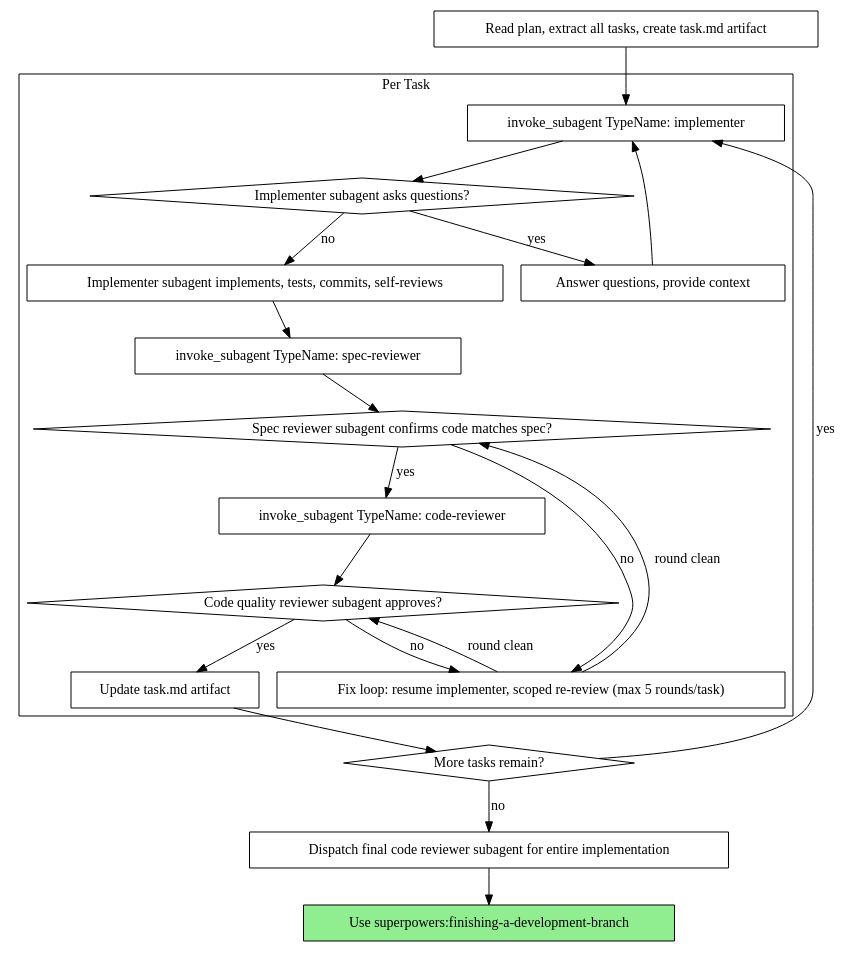
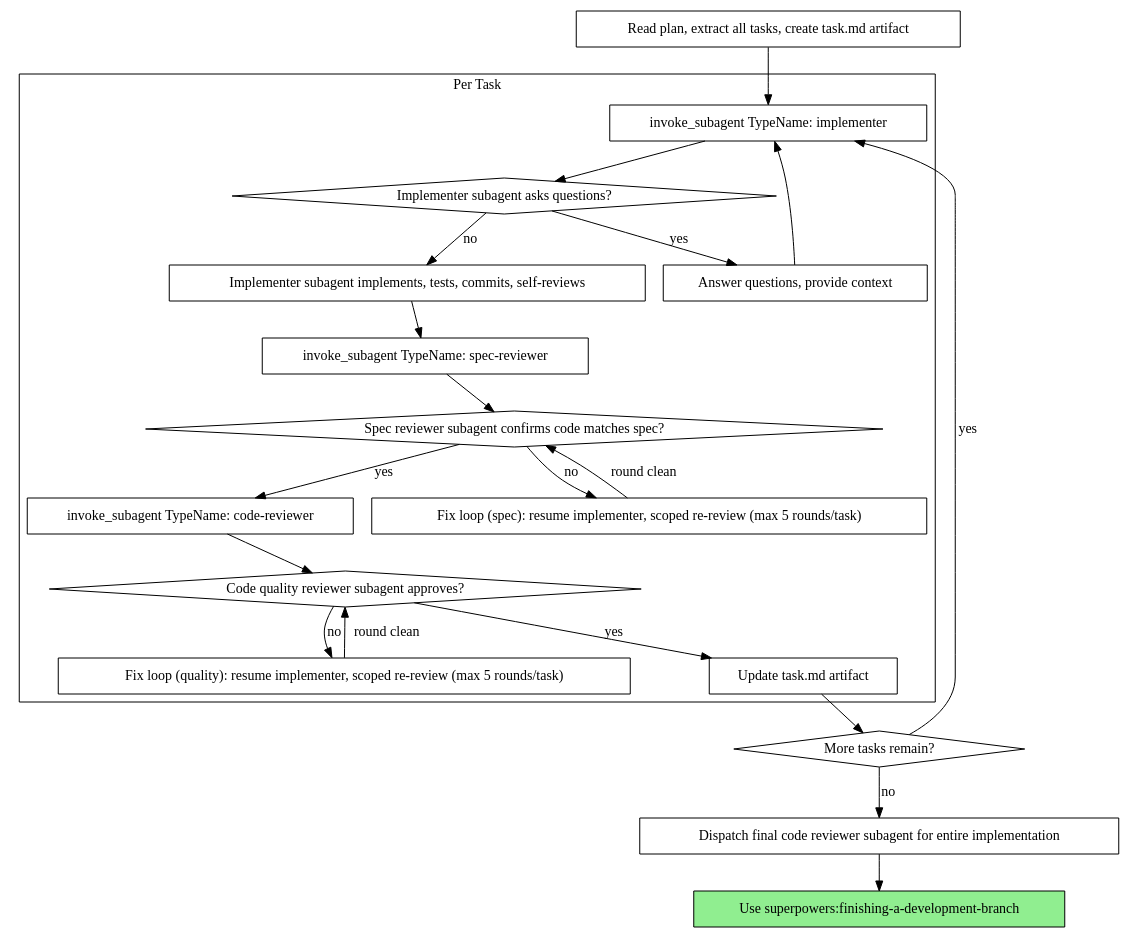
The second of 4 diagrams in skills/subagent-driven-development/SKILL.md (erukolya/superpowers-antigravity), drawn with Graphviz before and after one commit. The commit also changed other lines of this file and 4 other files, not shown here.

First line of the commit message:
fix(sdd): final-review fixes — dispatch step, ledger open, report range, model guidance, graph split

````diff
--- a/skills/subagent-driven-development/SKILL.md
+++ b/skills/subagent-driven-development/SKILL.md
@@ -36,43 +36,44 @@
 ```dot
 digraph process {
     rankdir=TB;
 
     subgraph cluster_per_task {
         label="Per Task";
         "invoke_subagent TypeName: implementer" [shape=box];
         "Implementer subagent asks questions?" [shape=diamond];
         "Answer questions, provide context" [shape=box];
         "Implementer subagent implements, tests, commits, self-reviews" [shape=box];
         "invoke_subagent TypeName: spec-reviewer" [shape=box];
         "Spec reviewer subagent confirms code matches spec?" [shape=diamond];
         "invoke_subagent TypeName: code-reviewer" [shape=box];
         "Code quality reviewer subagent approves?" [shape=diamond];
-        "Fix loop: resume implementer, scoped re-review (max 5 rounds/task)" [shape=box];
+        "Fix loop (spec): resume implementer, scoped re-review (max 5 rounds/task)" [shape=box];
+        "Fix loop (quality): resume implementer, scoped re-review (max 5 rounds/task)" [shape=box];
         "Update task.md artifact" [shape=box];
     }
 
     "Read plan, extract all tasks, create task.md artifact" [shape=box];
     "More tasks remain?" [shape=diamond];
     "Dispatch final code reviewer subagent for entire implementation" [shape=box];
     "Use superpowers:finishing-a-development-branch" [shape=box style=filled fillcolor=lightgreen];
 
     "Read plan, extract all tasks, create task.md artifact" -> "invoke_subagent TypeName: implementer";
     "invoke_subagent TypeName: implementer" -> "Implementer subagent asks questions?";
     "Implementer subagent asks questions?" -> "Answer questions, provide context" [label="yes"];
     "Answer questions, provide context" -> "invoke_subagent TypeName: implementer";
     "Implementer subagent asks questions?" -> "Implementer subagent implements, tests, commits, self-reviews" [label="no"];
     "Implementer subagent implements, tests, commits, self-reviews" -> "invoke_subagent TypeName: spec-reviewer";
     "invoke_subagent TypeName: spec-reviewer" -> "Spec reviewer subagent confirms code matches spec?";
-    "Spec reviewer subagent confirms code matches spec?" -> "Fix loop: resume implementer, scoped re-review (max 5 rounds/task)" [label="no"];
-    "Fix loop: resume implementer, scoped re-review (max 5 rounds/task)" -> "Spec reviewer subagent confirms code matches spec?" [label="round clean"];
+    "Spec reviewer subagent confirms code matches spec?" -> "Fix loop (spec): resume implementer, scoped re-review (max 5 rounds/task)" [label="no"];
+    "Fix loop (spec): resume implementer, scoped re-review (max 5 rounds/task)" -> "Spec reviewer subagent confirms code matches spec?" [label="round clean"];
     "Spec reviewer subagent confirms code matches spec?" -> "invoke_subagent TypeName: code-reviewer" [label="yes"];
     "invoke_subagent TypeName: code-reviewer" -> "Code quality reviewer subagent approves?";
-    "Code quality reviewer subagent approves?" -> "Fix loop: resume implementer, scoped re-review (max 5 rounds/task)" [label="no"];
-    "Fix loop: resume implementer, scoped re-review (max 5 rounds/task)" -> "Code quality reviewer subagent approves?" [label="round clean"];
+    "Code quality reviewer subagent approves?" -> "Fix loop (quality): resume implementer, scoped re-review (max 5 rounds/task)" [label="no"];
+    "Fix loop (quality): resume implementer, scoped re-review (max 5 rounds/task)" -> "Code quality reviewer subagent approves?" [label="round clean"];
     "Code quality reviewer subagent approves?" -> "Update task.md artifact" [label="yes"];
     "Update task.md artifact" -> "More tasks remain?";
     "More tasks remain?" -> "invoke_subagent TypeName: implementer" [label="yes"];
     "More tasks remain?" -> "Dispatch final code reviewer subagent for entire implementation" [label="no"];
     "Dispatch final code reviewer subagent for entire implementation" -> "Use superpowers:finishing-a-development-branch";
 }
 ```
````
